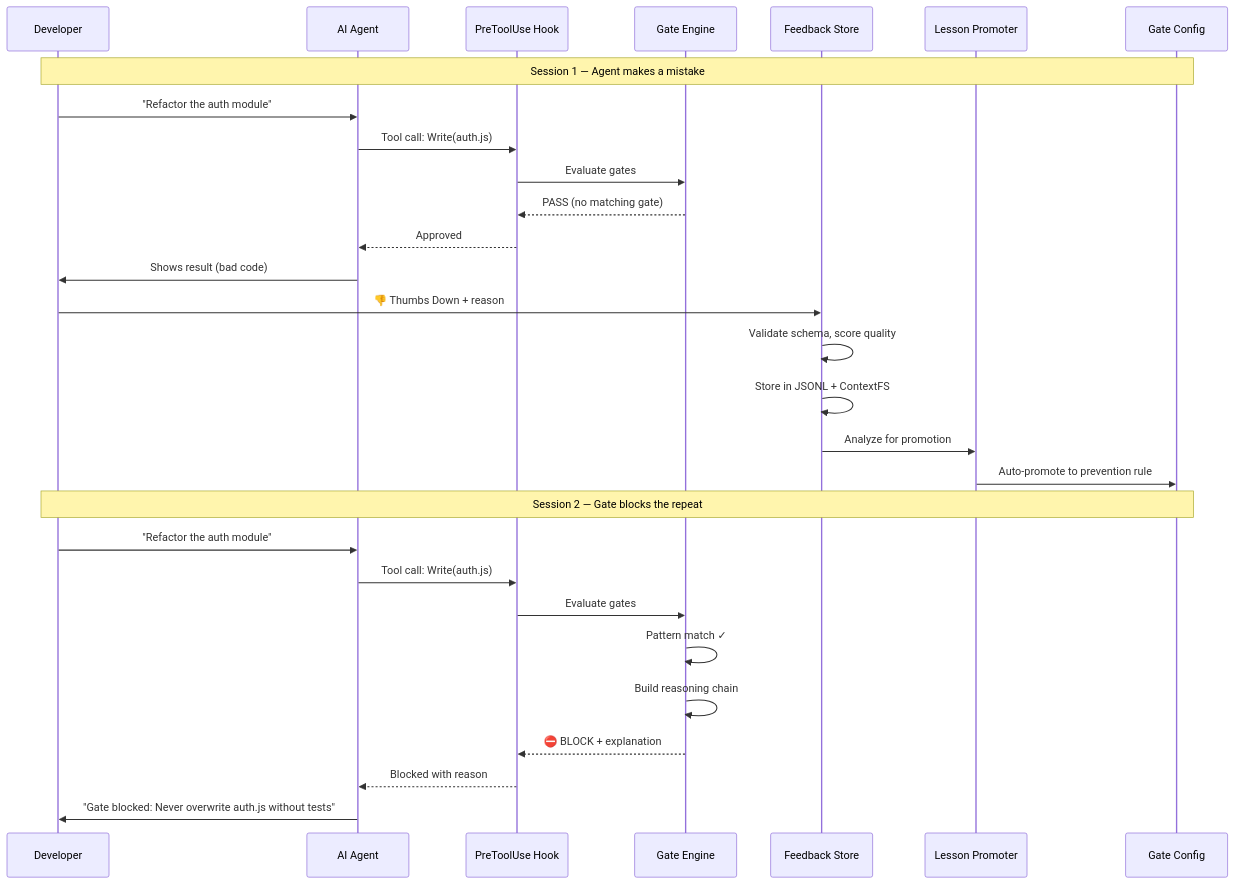
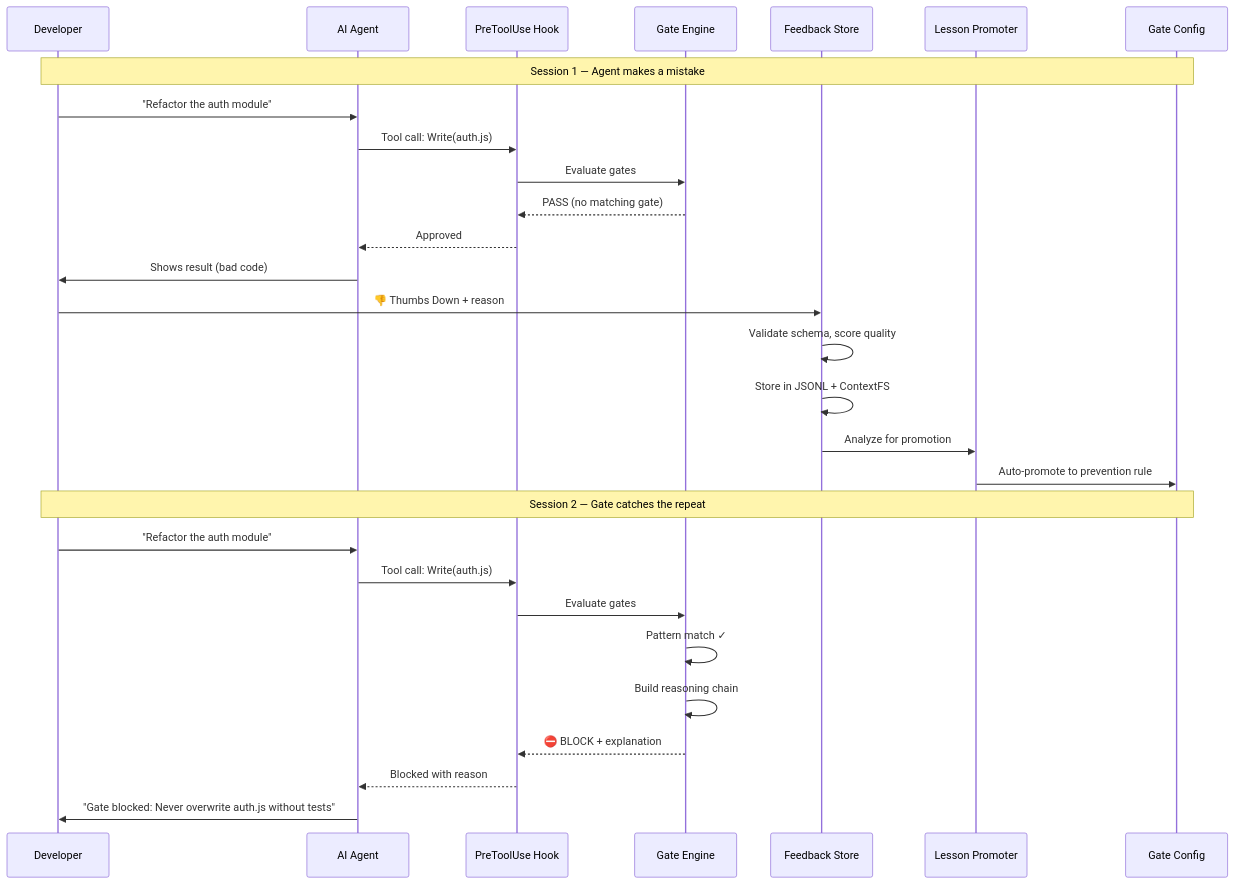
Before and after one commit to IgorGanapolsky/ThumbGate: the diagram in docs/diagrams/feedback_pipeline.mmd, drawn with Mermaid. The commit also changed 121 other files, not shown here.

```diff
--- a/docs/diagrams/feedback_pipeline.mmd
+++ b/docs/diagrams/feedback_pipeline.mmd
@@ -1,31 +1,31 @@
 sequenceDiagram
     participant Dev as Developer
     participant Agent as AI Agent
     participant Hook as PreToolUse Hook
     participant Gate as Gate Engine
     participant FB as Feedback Store
     participant Promo as Lesson Promoter
     participant Config as Gate Config
 
     Note over Dev,Config: Session 1 — Agent makes a mistake
     Dev->>Agent: "Refactor the auth module"
     Agent->>Hook: Tool call: Write(auth.js)
     Hook->>Gate: Evaluate gates
     Gate-->>Hook: PASS (no matching gate)
     Hook-->>Agent: Approved
     Agent->>Dev: Shows result (bad code)
     Dev->>FB: 👎 Thumbs Down + reason
     FB->>FB: Validate schema, score quality
     FB->>FB: Store in JSONL + ContextFS
     FB->>Promo: Analyze for promotion
     Promo->>Config: Auto-promote to prevention rule
 
-    Note over Dev,Config: Session 2 — Gate blocks the repeat
+    Note over Dev,Config: Session 2 — Gate catches the repeat
     Dev->>Agent: "Refactor the auth module"
     Agent->>Hook: Tool call: Write(auth.js)
     Hook->>Gate: Evaluate gates
     Gate->>Gate: Pattern match ✓
     Gate->>Gate: Build reasoning chain
     Gate-->>Hook: ⛔ BLOCK + explanation
     Hook-->>Agent: Blocked with reason
     Agent->>Dev: "Gate blocked: Never overwrite auth.js without tests"
```
